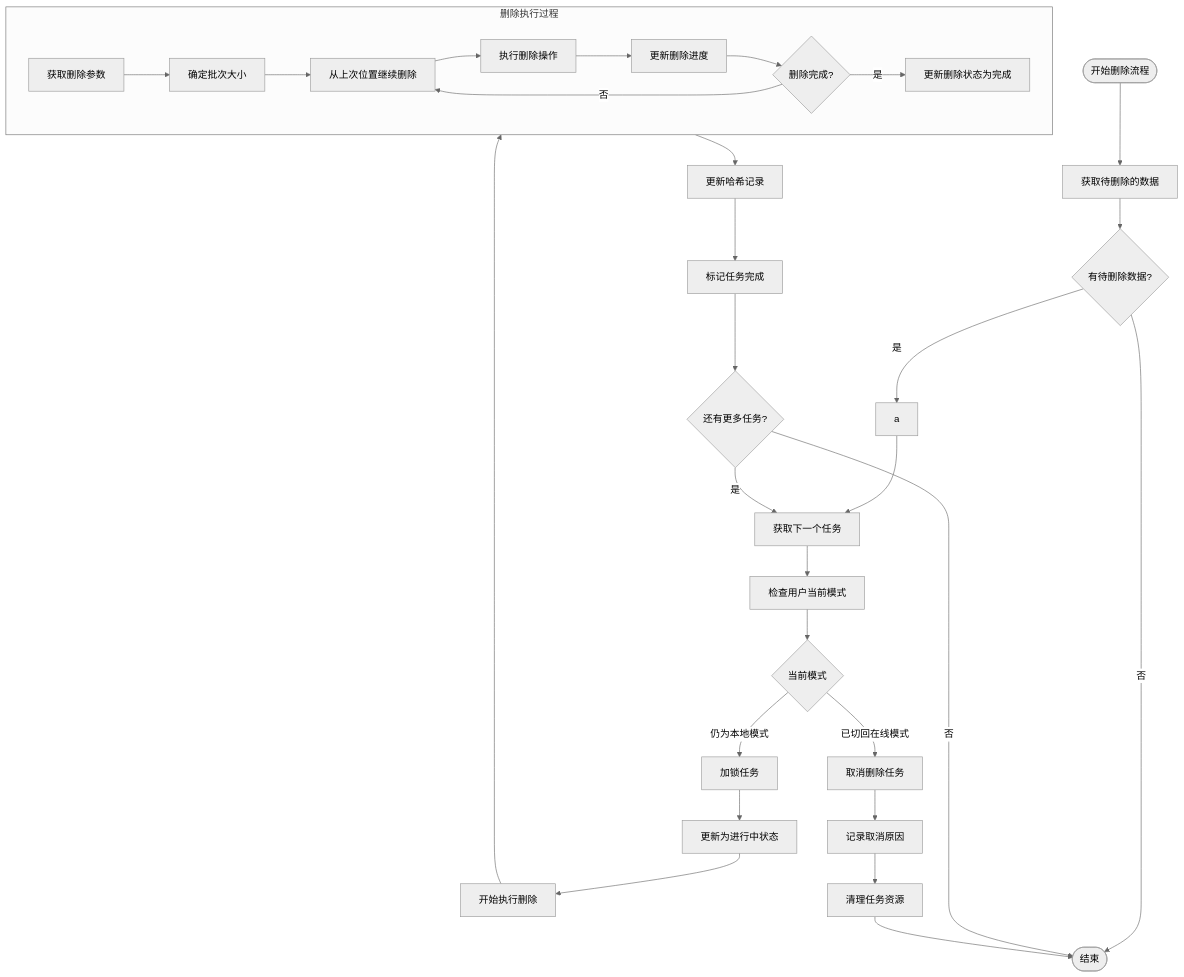
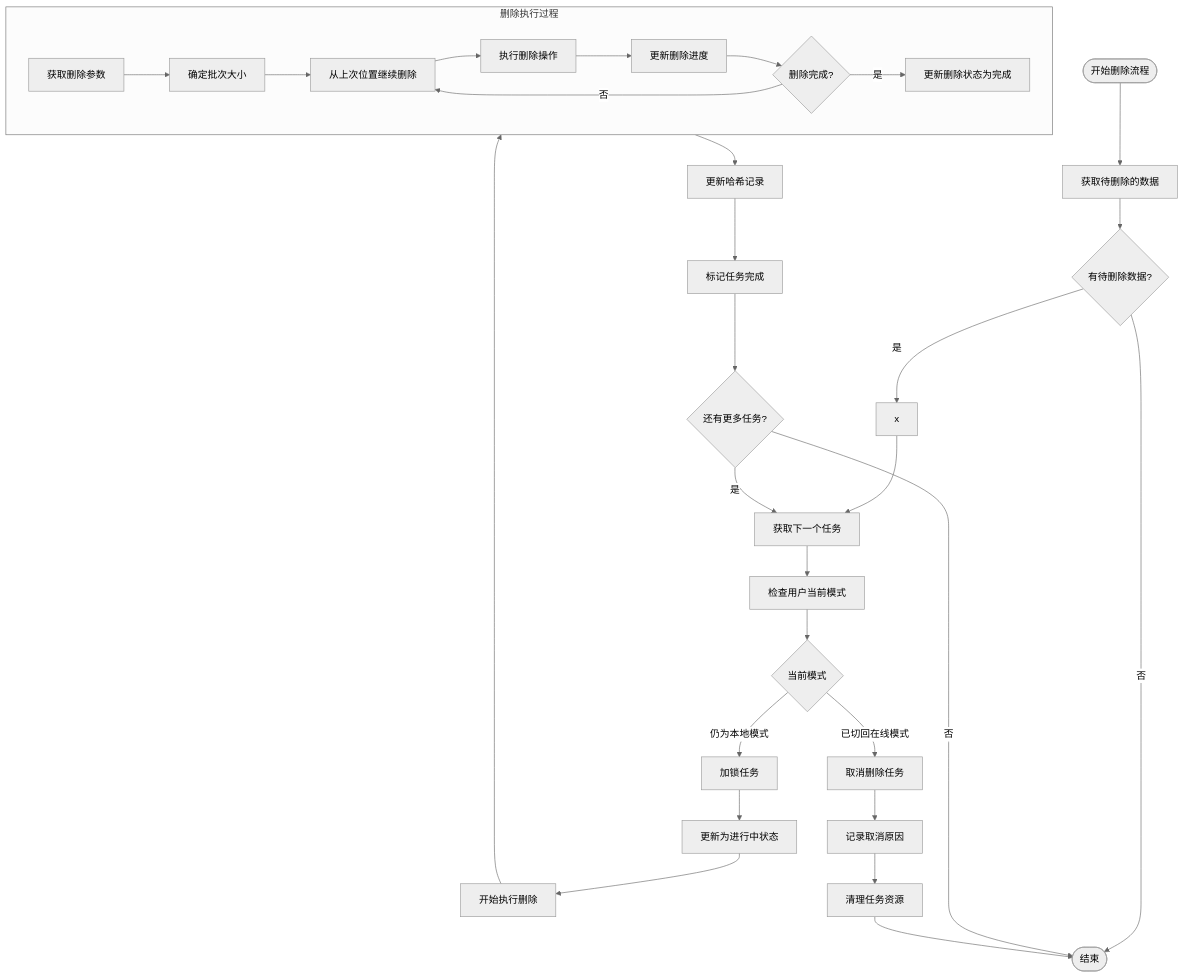
Before and after one commit to yingjianzh/iodraw-files: the diagram in all/未命名-51.md, drawn with Mermaid (neutral theme).

Commit message:
2025-05-08 15:18:20 update

````diff
--- a/all/未命名-51.md
+++ b/all/未命名-51.md
@@ -1,42 +1,42 @@
 ```mermaid
 flowchart TD
     Start([开始删除流程]) --> FetchTasks[获取待删除的数据]
     FetchTasks --> HasTasks{有待删除数据?}
     
     HasTasks -->|否| End([结束])
-    HasTasks -->|是| PrioritizeTasks[a]
+    HasTasks -->|是| PrioritizeTasks[x]
     
     PrioritizeTasks --> GetNextTask[获取下一个任务]
     GetNextTask --> CheckUserMode[检查用户当前模式]
     
     CheckUserMode --> CurrentMode{当前模式}
     CurrentMode -->|已切回在线模式| TaskCancel[取消删除任务]
     CurrentMode -->|仍为本地模式| LockTask[加锁任务]
     
     LockTask --> UpdateStatus[更新为进行中状态]
     UpdateStatus --> BeginDeletion[开始执行删除]
     
     subgraph DeletionProcess [删除执行过程]
         A[获取删除参数] --> B[确定批次大小]
         B --> C[从上次位置继续删除]
         C --> D[执行删除操作]
         D --> E[更新删除进度]
         E --> F{删除完成?}
         F -->|否| C
         F -->|是| G[更新删除状态为完成]
     end
     
     BeginDeletion --> DeletionProcess
     
     DeletionProcess --> UpdateHashRecord[更新哈希记录]
     UpdateHashRecord --> MarkCompleted[标记任务完成]
     
     TaskCancel --> LogCancellation[记录取消原因]
     LogCancellation --> CleanupTask[清理任务资源]
     
     MarkCompleted --> CheckMoreTasks{还有更多任务?}
     CheckMoreTasks -->|是| GetNextTask
     CheckMoreTasks -->|否| End
     
     CleanupTask --> End
 ```
````
